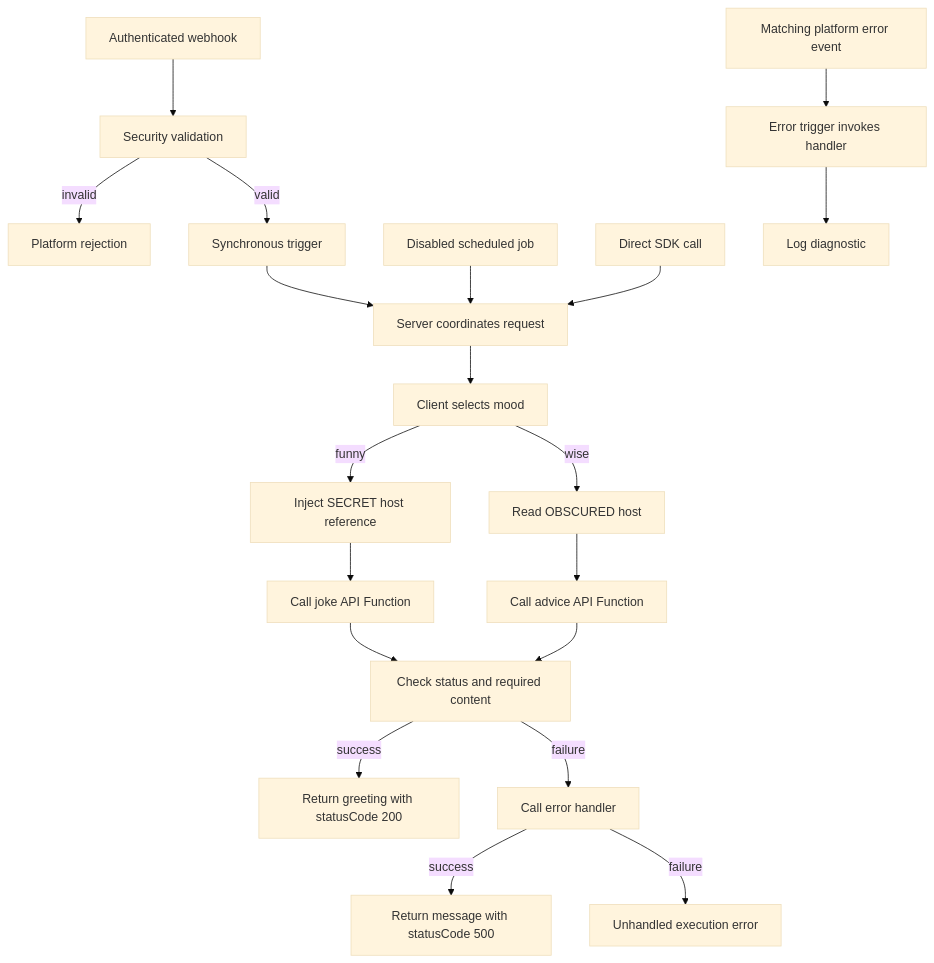
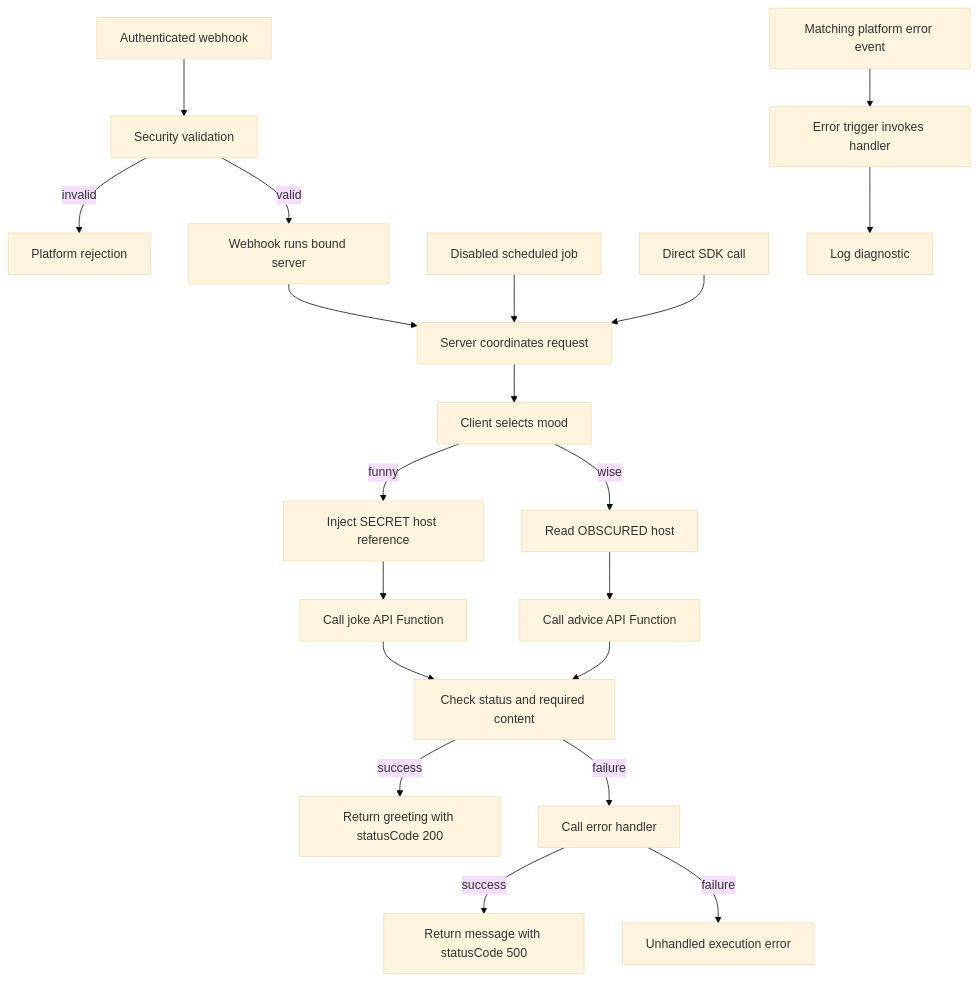
One commit to polyapi/poly-ts-project-template changed the first of 2 diagrams in workflows/src/sampleWorkflow/OVERVIEW.md. Above: the diagram before and after it, drawn with Mermaid (base theme). The commit also changed other lines of this file and 14 other files, not shown here.

First line of the commit message:
Fail validation when a bound webhook still has triggers (#16)

````diff
--- a/workflows/src/sampleWorkflow/OVERVIEW.md
+++ b/workflows/src/sampleWorkflow/OVERVIEW.md
@@ -13,22 +13,22 @@
 ```mermaid
 flowchart TD
     W[Authenticated webhook] --> V[Security validation]
     V -->|invalid| R[Platform rejection]
-    V -->|valid| T[Synchronous trigger]
-    T --> S[Server coordinates request]
+    V -->|valid| B[Webhook runs bound server]
+    B --> S[Server coordinates request]
     J[Disabled scheduled job] --> S
     D[Direct SDK call] --> S
     S --> C[Client selects mood]
     C -->|funny| I[Inject SECRET host reference]
     C -->|wise| O[Read OBSCURED host]
     I --> A[Call joke API Function]
     O --> P[Call advice API Function]
     A --> Q[Check status and required content]
     P --> Q
     Q -->|success| G[Return greeting with statusCode 200]
     Q -->|failure| E[Call error handler]
     E -->|success| F[Return message with statusCode 500]
     E -->|failure| U[Unhandled execution error]
     X[Matching platform error event] --> H[Error trigger invokes handler]
     H --> L[Log diagnostic]
 ```
````
